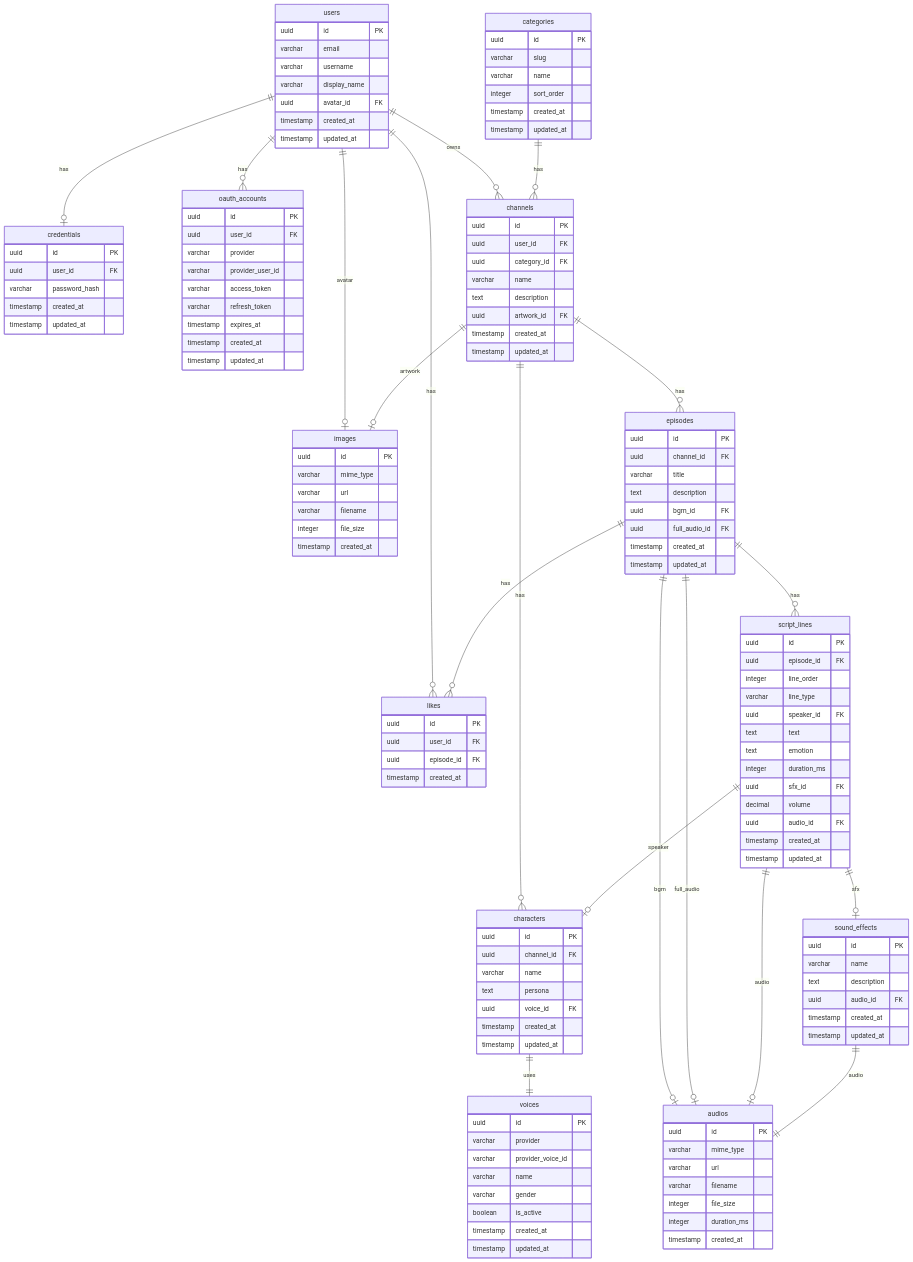
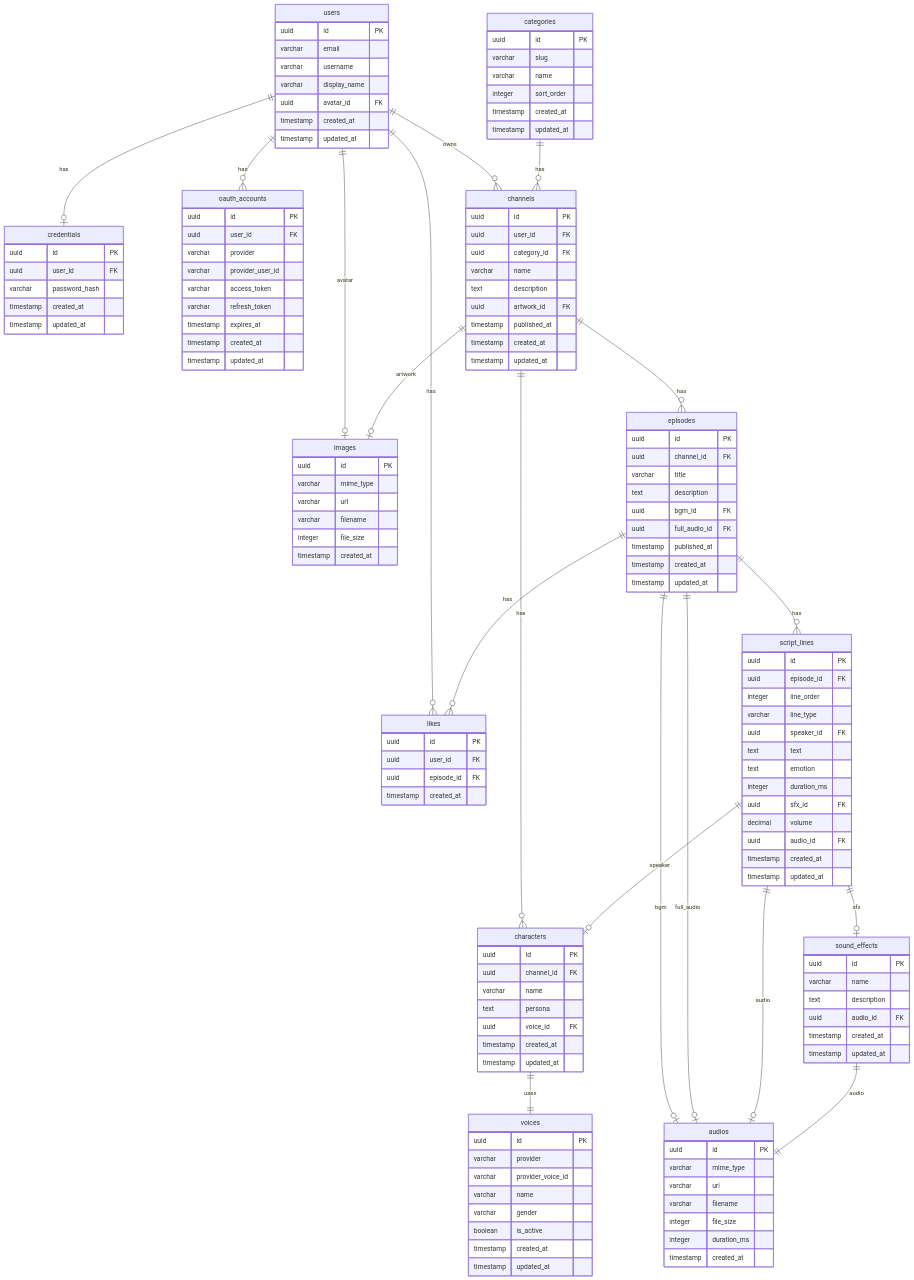
One commit to siropaca/anycast-backend changed the diagram in docs/database.md. Above: the diagram before and after it, drawn with Mermaid. The commit also changed other lines of this file and 4 other files, not shown here.

```diff
--- a/docs/database.md
+++ b/docs/database.md
@@ -76,6 +76,7 @@
         varchar name
         text description
         uuid artwork_id FK
+        timestamp published_at
         timestamp created_at
         timestamp updated_at
     }
@@ -108,6 +109,7 @@
         text description
         uuid bgm_id FK
         uuid full_audio_id FK
+        timestamp published_at
         timestamp created_at
         timestamp updated_at
     }
```
